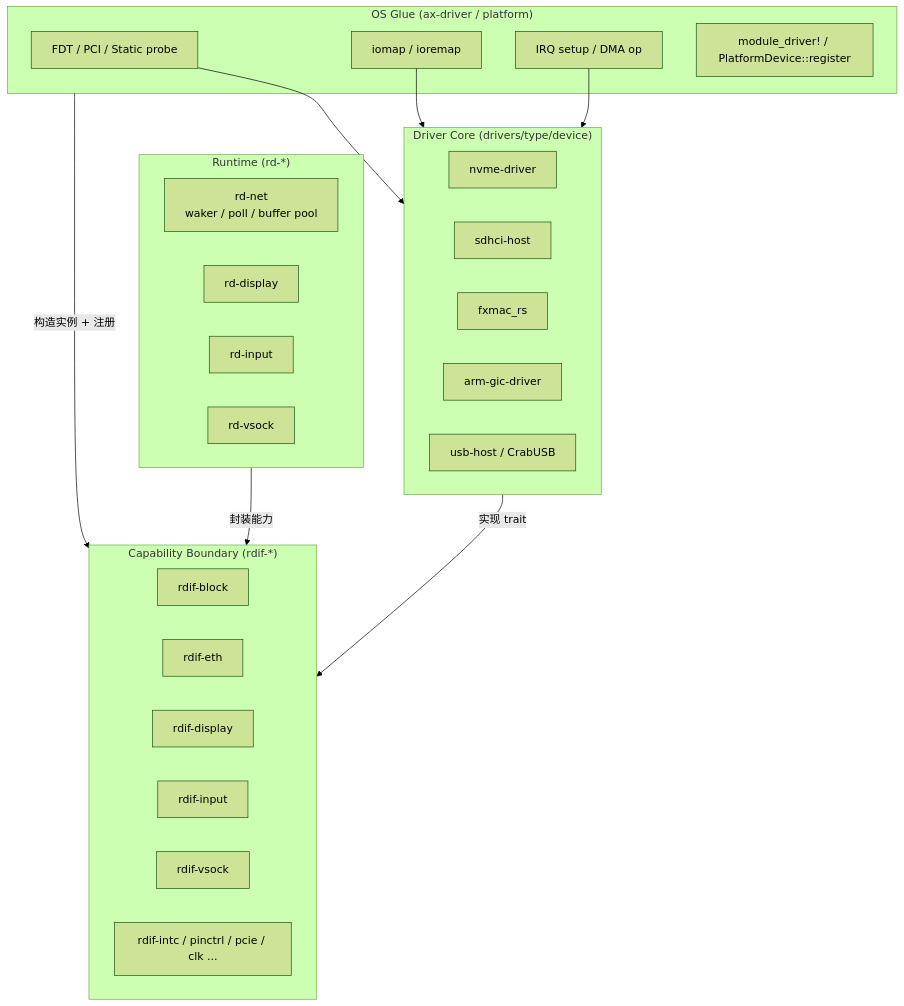
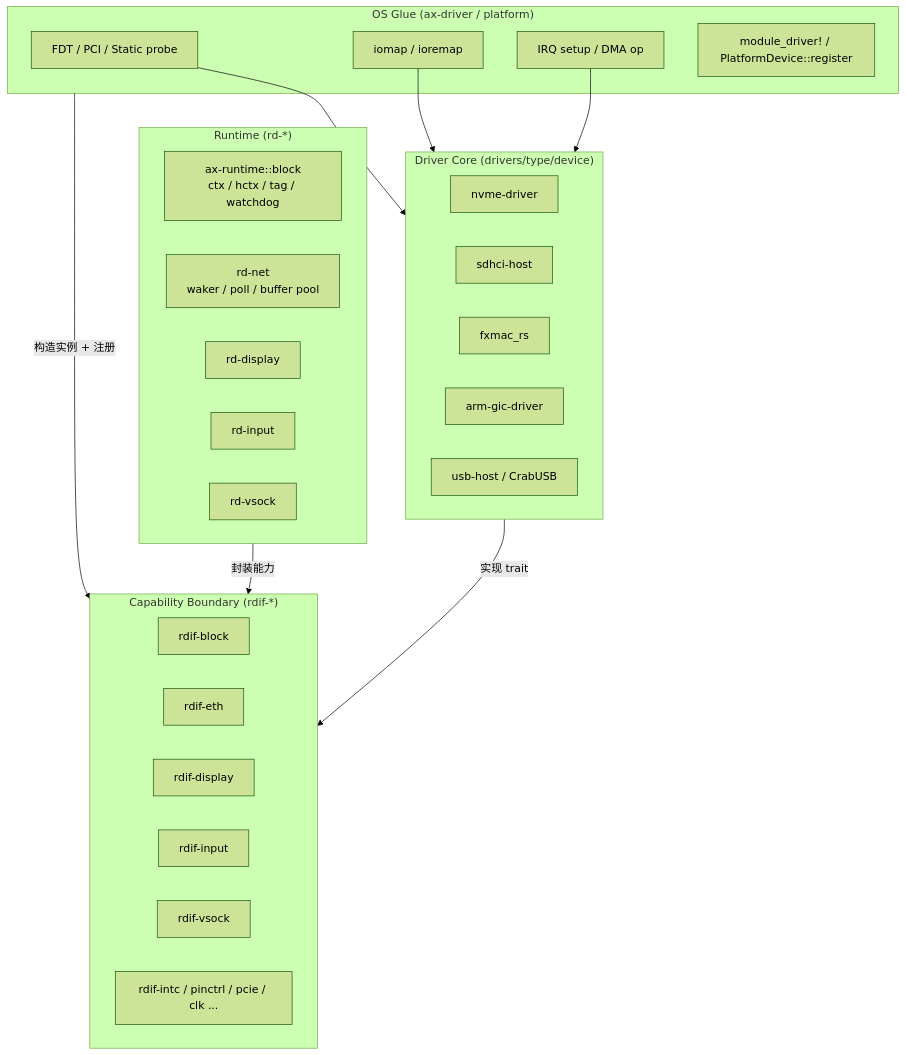
Before and after one commit to rcore-os/tgoskits: the diagram in docs/docs/architecture/driver/layering.md, drawn with Mermaid (forest theme). The commit also changed other lines of this file and 640 other files, not shown here.

````diff
--- a/docs/docs/architecture/driver/layering.md
+++ b/docs/docs/architecture/driver/layering.md
@@ -19,40 +19,41 @@
 ```mermaid
 flowchart TB
     subgraph Runtime["Runtime (rd-*)"]
+        AxBlock["ax-runtime::block<br/>ctx / hctx / tag / watchdog"]
         RdNet["rd-net<br/>waker / poll / buffer pool"]
         RdDisplay["rd-display"]
         RdInput["rd-input"]
         RdVsock["rd-vsock"]
     end
 
     subgraph Glue["OS Glue (ax-driver / platform)"]
         Probe["FDT / PCI / Static probe"]
         Iomap["iomap / ioremap"]
         IrqSetup["IRQ setup / DMA op"]
         Reg["module_driver! / PlatformDevice::register"]
     end
 
     subgraph Capability["Capability Boundary (rdif-*)"]
         RdifBlock["rdif-block"]
         RdifEth["rdif-eth"]
         RdifDisplay["rdif-display"]
         RdifInput["rdif-input"]
         RdifVsock["rdif-vsock"]
         RdifPlatform["rdif-intc / pinctrl / pcie / clk ..."]
     end
 
     subgraph Core["Driver Core (drivers/type/device)"]
         Nvme["nvme-driver"]
         Sdhci["sdhci-host"]
         Fxmac["fxmac_rs"]
         Gic["arm-gic-driver"]
         Xhci["usb-host / CrabUSB"]
     end
 
     Core -->|"实现 trait"| Capability
     Glue -->|"构造实例 + 注册"| Capability
     Runtime -->|"封装能力"| Capability
     Probe --> Core
     Iomap --> Core
     IrqSetup --> Core
 ```
````
